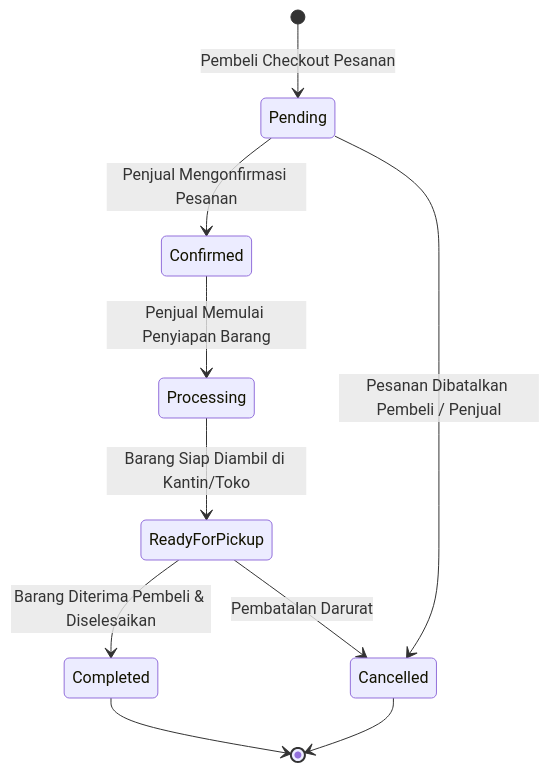
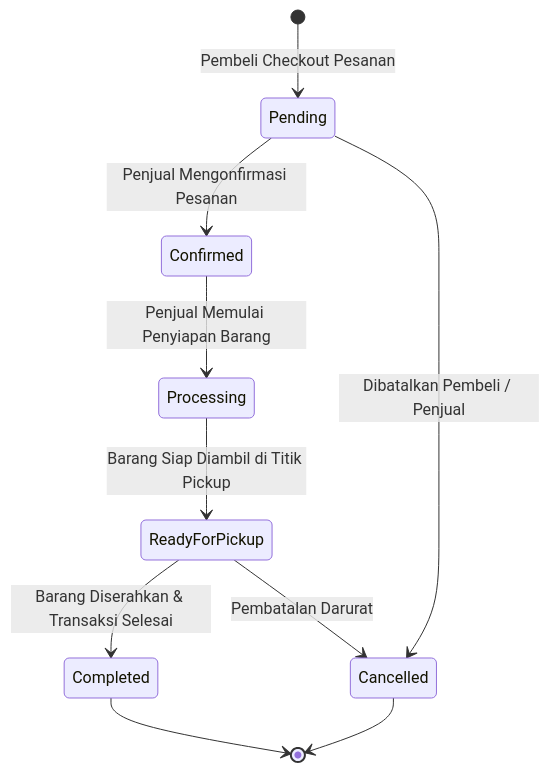
Before and after one commit to Z-Forz/Eskasaba_Marketplace: the fifth of 6 diagrams in FLOWCHART_USERS _ESKAMART.md, drawn with Mermaid. The commit also changed other lines of this file and 22 other files, not shown here.

````diff
--- a/FLOWCHART_USERS _ESKAMART.md
+++ b/FLOWCHART_USERS _ESKAMART.md
@@ -174,15 +222,15 @@
 ```mermaid
 stateDiagram-v2
     [*] --> Pending : Pembeli Checkout Pesanan
     Pending --> Confirmed : Penjual Mengonfirmasi Pesanan
-    Pending --> Cancelled : Pesanan Dibatalkan Pembeli / Penjual
+    Pending --> Cancelled : Dibatalkan Pembeli / Penjual
     
     Confirmed --> Processing : Penjual Memulai Penyiapan Barang
-    Processing --> ReadyForPickup : Barang Siap Diambil di Kantin/Toko
+    Processing --> ReadyForPickup : Barang Siap Diambil di Titik Pickup
     
-    ReadyForPickup --> Completed : Barang Diterima Pembeli & Diselesaikan
+    ReadyForPickup --> Completed : Barang Diserahkan & Transaksi Selesai
     ReadyForPickup --> Cancelled : Pembatalan Darurat
     
     Completed --> [*]
     Cancelled --> [*]
 ```
````
